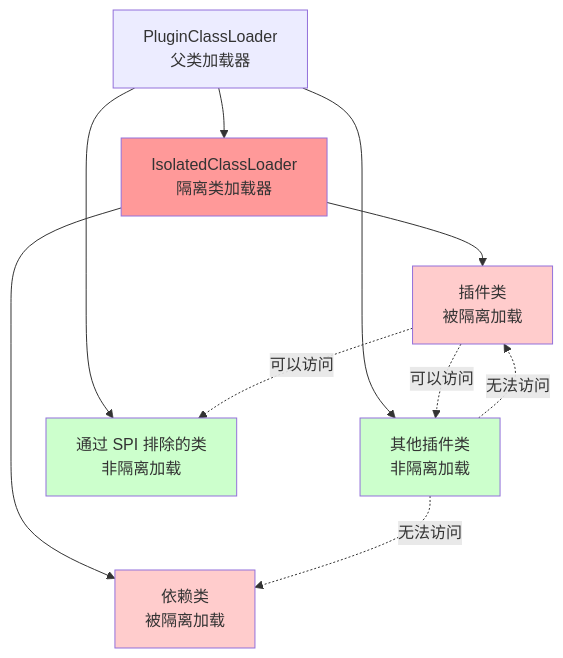
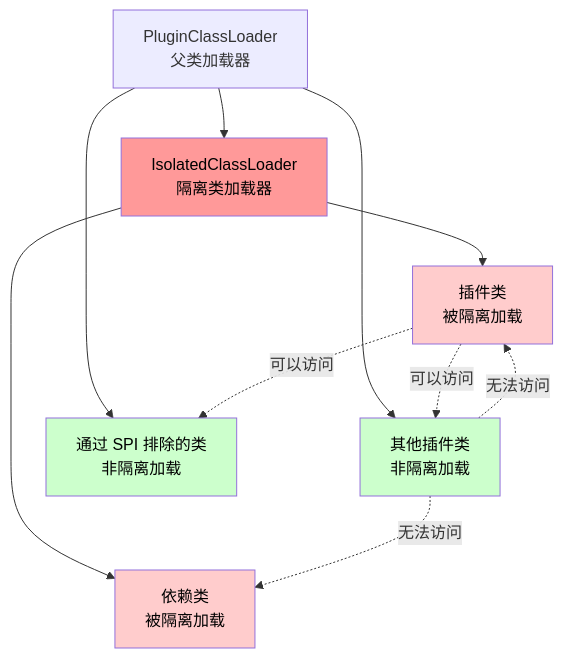
The diagram in docs/advanced-skills/isolated-classloader/index.mdx (FxRayHughes/taboowiki), drawn with Mermaid before and after one commit. The commit also changed 19 other files, not shown here.

First line of the commit message:
feat(docs): 添加 Mermaid 图表支持并优化暗色模式显示

````diff
--- a/docs/advanced-skills/isolated-classloader/index.mdx
+++ b/docs/advanced-skills/isolated-classloader/index.mdx
@@ -444,19 +444,19 @@
 ```mermaid
 graph TB
     A[PluginClassLoader<br/>父类加载器] --> B[IsolatedClassLoader<br/>隔离类加载器]
     B --> C[插件类<br/>被隔离加载]
     B --> D[依赖类<br/>被隔离加载]
     A --> E[其他插件类<br/>非隔离加载]
     A --> F[通过 SPI 排除的类<br/>非隔离加载]
 
     C -.可以访问.-> E
     C -.可以访问.-> F
     E -.无法访问.-> C
     E -.无法访问.-> D
 
-    style B fill:#ff9999
-    style C fill:#ffcccc
-    style D fill:#ffcccc
-    style E fill:#ccffcc
-    style F fill:#ccffcc
+    style B fill:#ff9999,color:#000000
+    style C fill:#ffcccc,color:#000000
+    style D fill:#ffcccc,color:#000000
+    style E fill:#ccffcc,color:#000000
+    style F fill:#ccffcc,color:#000000
 ```
````
